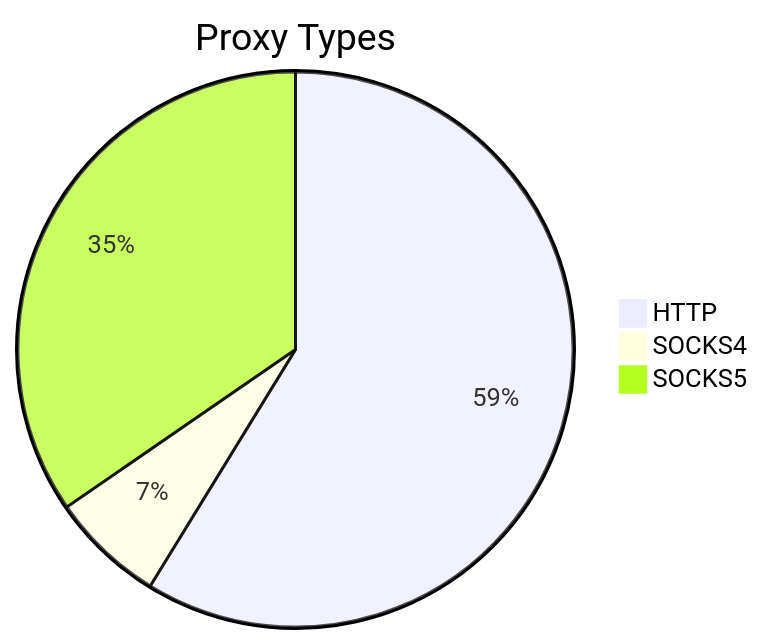
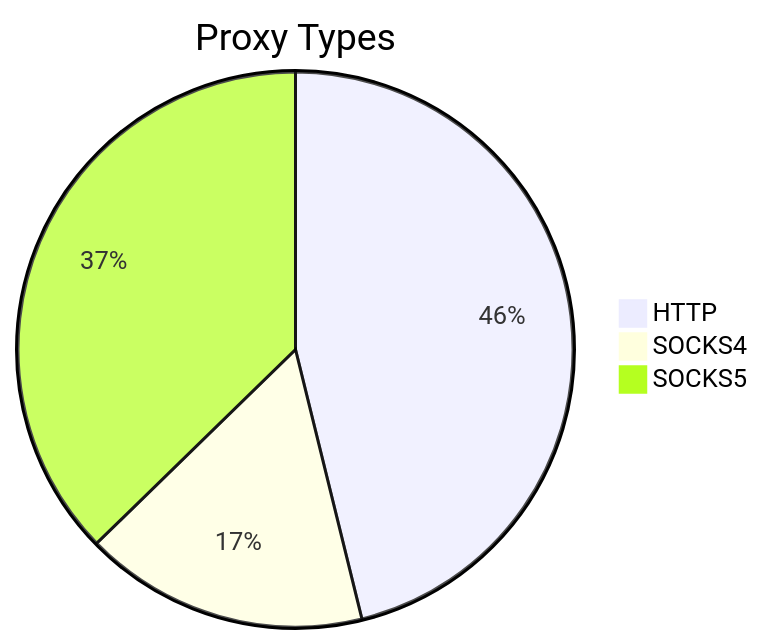
The first of 2 diagrams in README.md (stormsia/proxy-list), drawn with Mermaid before and after one commit. The commit also changed other lines of this file, not shown here.

````diff
--- a/README.md
+++ b/README.md
@@ -21,6 +21,6 @@
 ```mermaid
 pie title Proxy Types
-    "HTTP" : 124
-    "SOCKS4" : 14
-    "SOCKS5" : 73
+    "HTTP" : 198
+    "SOCKS4" : 71
+    "SOCKS5" : 160
 ```
````
